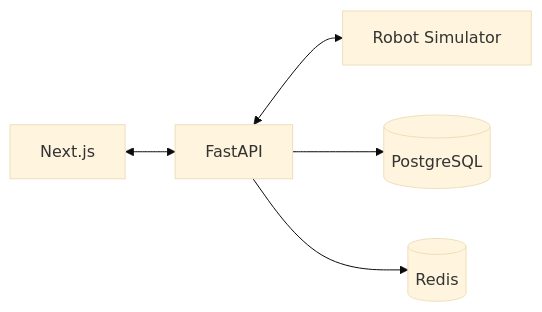
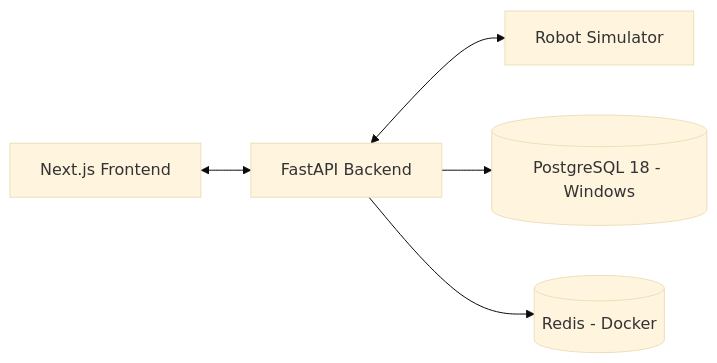
Before and after one commit to HamzaAhmedKhan786/robotics-fleet-manager: the diagram in docs/11-DEPLOYMENT.md, drawn with Mermaid (base theme). The commit also changed other lines of this file and 4 other files, not shown here.

````diff
--- a/docs/11-DEPLOYMENT.md
+++ b/docs/11-DEPLOYMENT.md
@@ -15,13 +20,13 @@
 ```mermaid
 flowchart LR
-    UI["Next.js"]
-    API["FastAPI"]
+    UI["Next.js Frontend"]
+    API["FastAPI Backend"]
     SIM["Robot Simulator"]
-    DB[("PostgreSQL")]
-    CACHE[("Redis")]
+    DB[("PostgreSQL 18 - Windows")]
+    CACHE[("Redis - Docker")]
 
     UI <--> API
     API <--> SIM
     API --> DB
     API --> CACHE
 ```
````
